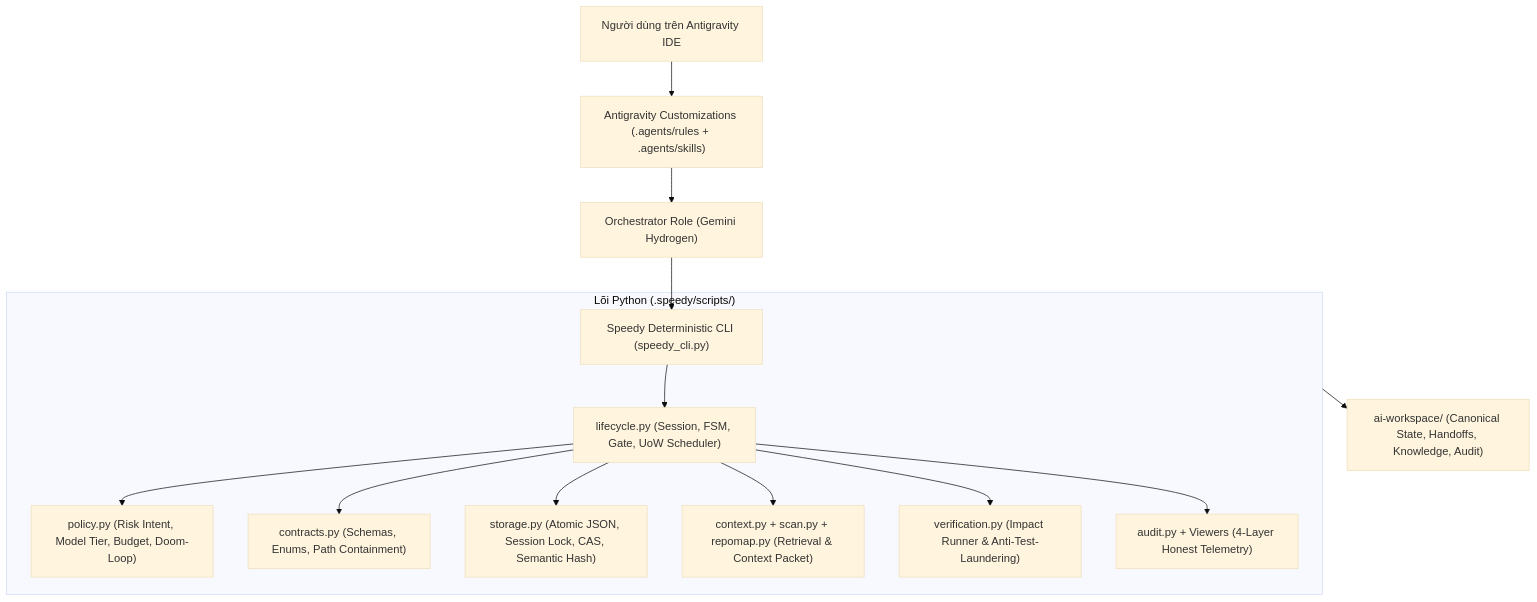
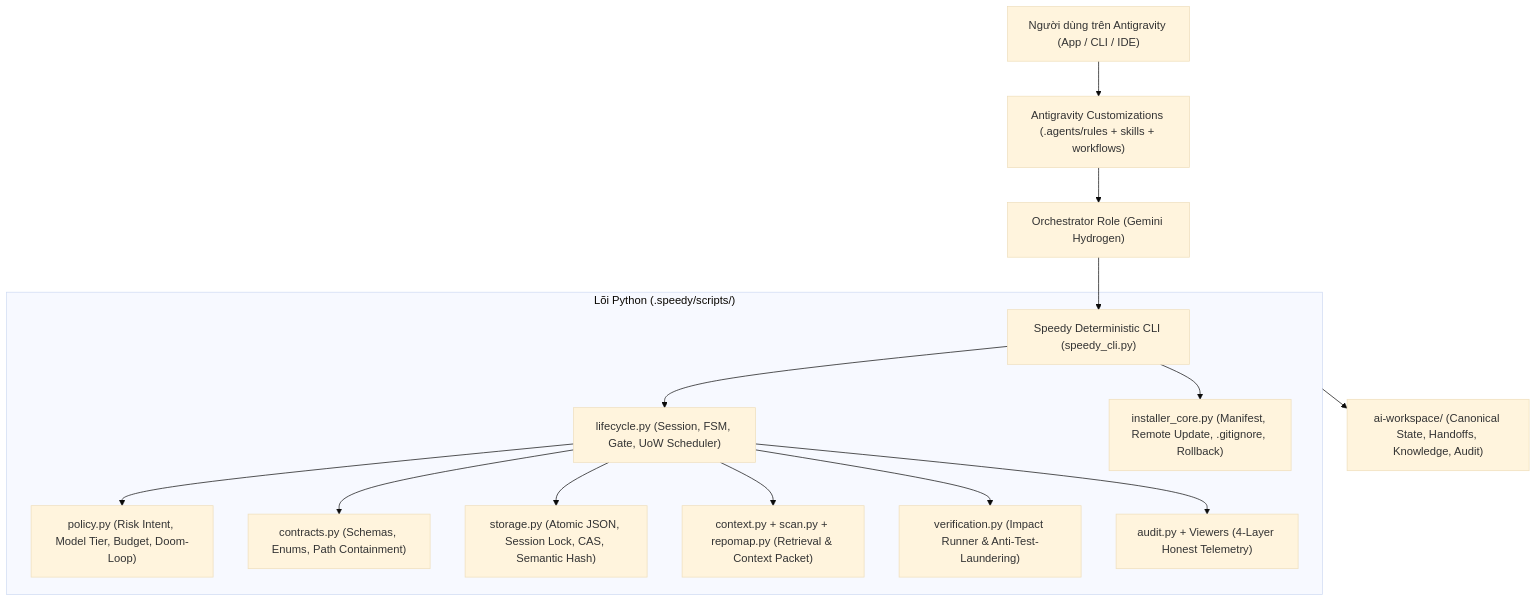
One commit to litt0709/snow-builder-redesign changed the first of 2 diagrams in docs/ARCHITECTURE.md. Above: the diagram before and after it, drawn with Mermaid (base theme). The commit also changed other lines of this file and 102 other files, not shown here.

Commit message:
feat: remote 1-command installer, balanced Smart HITL, short slash commands, IDE workflows, and 2.tabler/3.midnight themes

````diff
--- a/docs/ARCHITECTURE.md
+++ b/docs/ARCHITECTURE.md
@@ -9,18 +9,19 @@
 ```mermaid
 flowchart TD
-    User["Người dùng trên Antigravity IDE"] --> Adapter["Antigravity Customizations (.agents/rules + .agents/skills)"]
+    User["Người dùng trên Antigravity (App / CLI / IDE)"] --> Adapter["Antigravity Customizations (.agents/rules + skills + workflows)"]
     Adapter --> Orchestrator["Orchestrator Role (Gemini Hydrogen)"]
     Orchestrator --> CLI["Speedy Deterministic CLI (speedy_cli.py)"]
 
     subgraph Core["Lõi Python (.speedy/scripts/)"]
         CLI --> Lifecycle["lifecycle.py (Session, FSM, Gate, UoW Scheduler)"]
         Lifecycle --> Policy["policy.py (Risk Intent, Model Tier, Budget, Doom-Loop)"]
         Lifecycle --> Contracts["contracts.py (Schemas, Enums, Path Containment)"]
         Lifecycle --> Storage["storage.py (Atomic JSON, Session Lock, CAS, Semantic Hash)"]
         Lifecycle --> Context["context.py + scan.py + repomap.py (Retrieval & Context Packet)"]
         Lifecycle --> Verify["verification.py (Impact Runner & Anti-Test-Laundering)"]
         Lifecycle --> Audit["audit.py + Viewers (4-Layer Honest Telemetry)"]
+        CLI --> Installer["installer_core.py (Manifest, Remote Update, .gitignore, Rollback)"]
     end
 
     Core --> Disk["ai-workspace/ (Canonical State, Handoffs, Knowledge, Audit)"]
 ```
````
